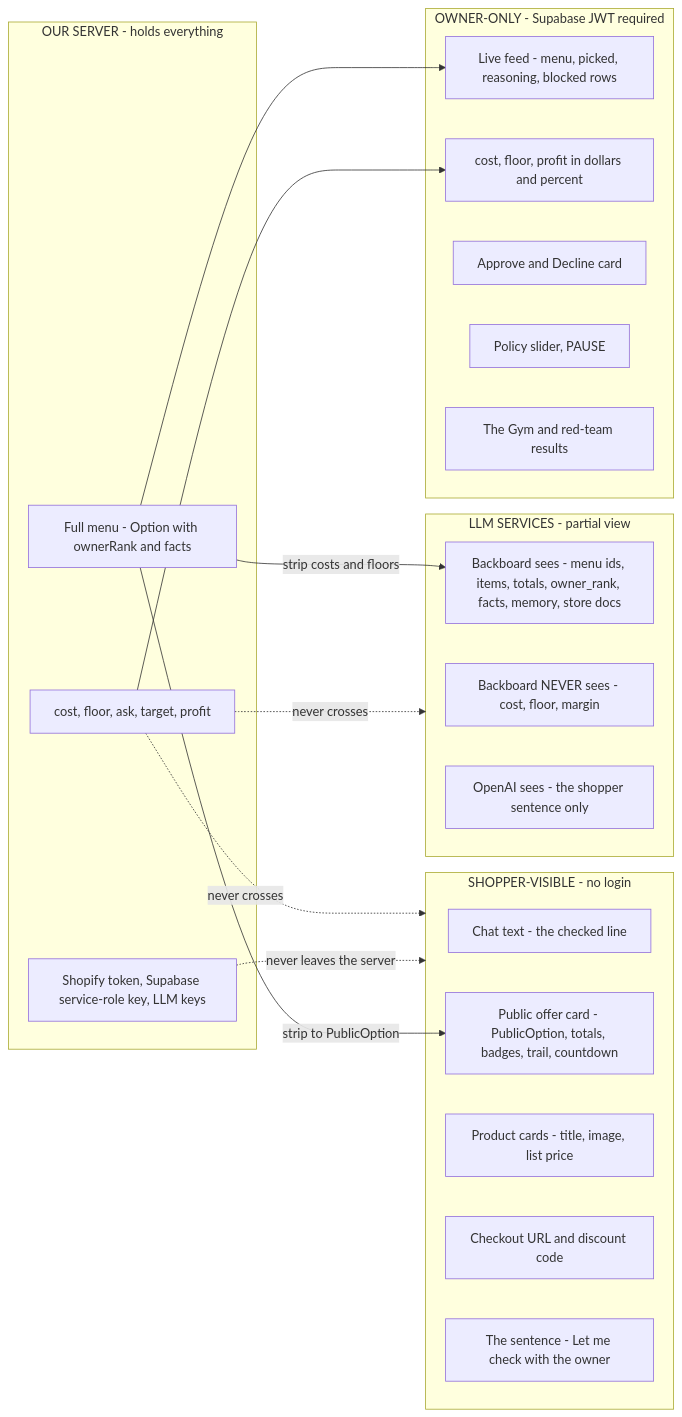
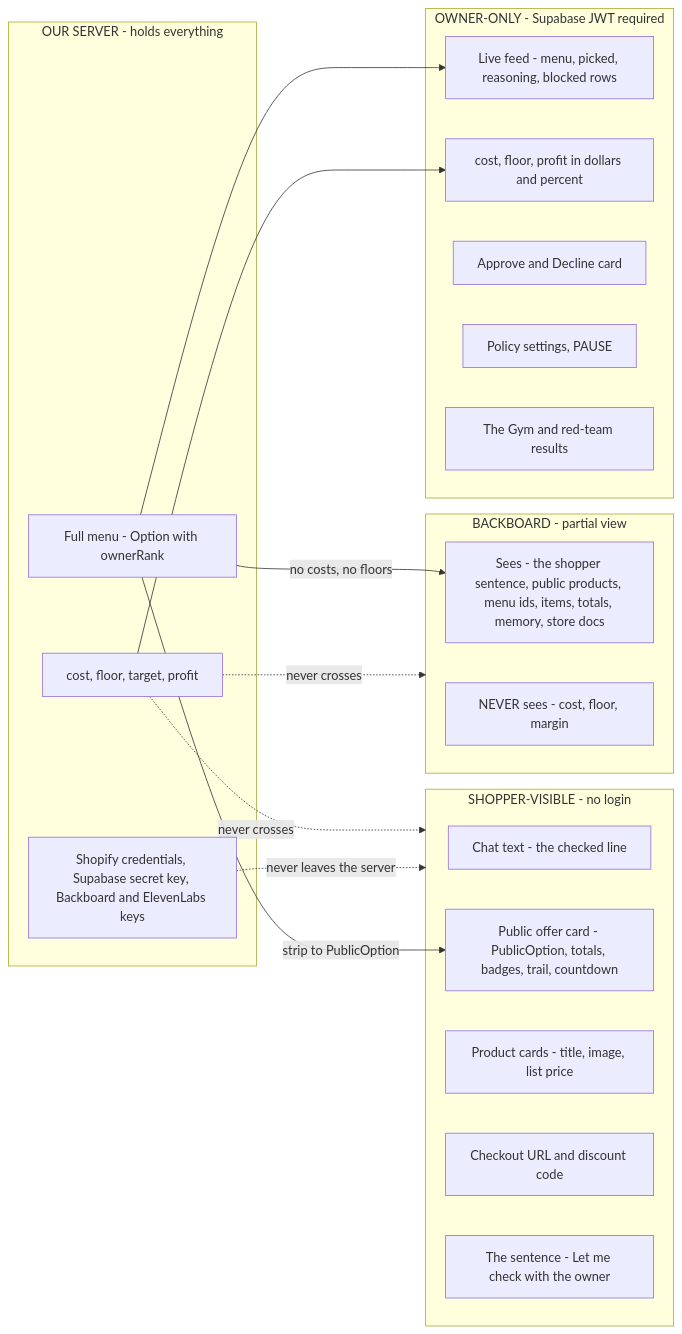
Before and after one commit to Maristanez/bazaar: the fourth of 22 diagrams in docs/ARCHITECTURE.md, drawn with Mermaid. The commit also changed other lines of this file and 13 other files, not shown here.

````diff
--- a/docs/ARCHITECTURE.md
+++ b/docs/ARCHITECTURE.md
@@ -151,38 +138,37 @@
 ```mermaid
 flowchart LR
   subgraph PUB["SHOPPER-VISIBLE - no login"]
     P1["Chat text - the checked line"]
     P2["Public offer card - PublicOption, totals, badges, trail, countdown"]
     P3["Product cards - title, image, list price"]
     P4["Checkout URL and discount code"]
     P5["The sentence - Let me check with the owner"]
   end
 
   subgraph SRVZ["OUR SERVER - holds everything"]
-    S1["Full menu - Option with ownerRank and facts"]
-    S2["cost, floor, ask, target, profit"]
-    S3["Shopify token, Supabase service-role key, LLM keys"]
+    S1["Full menu - Option with ownerRank"]
+    S2["cost, floor, target, profit"]
+    S3["Shopify credentials, Supabase secret key, Backboard and ElevenLabs keys"]
   end
 
-  subgraph LLMZ["LLM SERVICES - partial view"]
-    L1["Backboard sees - menu ids, items, totals, owner_rank, facts, memory, store docs"]
-    L2["Backboard NEVER sees - cost, floor, margin"]
-    L3["OpenAI sees - the shopper sentence only"]
+  subgraph LLMZ["BACKBOARD - partial view"]
+    L1["Sees - the shopper sentence, public products, menu ids, items, totals, memory, store docs"]
+    L2["NEVER sees - cost, floor, margin"]
   end
 
   subgraph OWNZ["OWNER-ONLY - Supabase JWT required"]
     O1["Live feed - menu, picked, reasoning, blocked rows"]
     O2["cost, floor, profit in dollars and percent"]
     O3["Approve and Decline card"]
-    O4["Policy slider, PAUSE"]
+    O4["Policy settings, PAUSE"]
     O5["The Gym and red-team results"]
   end
 
   S1 -->|"strip to PublicOption"| P2
-  S1 -->|"strip costs and floors"| L1
+  S1 -->|"no costs, no floors"| L1
   S1 --> O1
   S2 --> O2
   S2 -.->|"never crosses"| PUB
   S2 -.->|"never crosses"| LLMZ
   S3 -.->|"never leaves the server"| PUB
 ```
````
